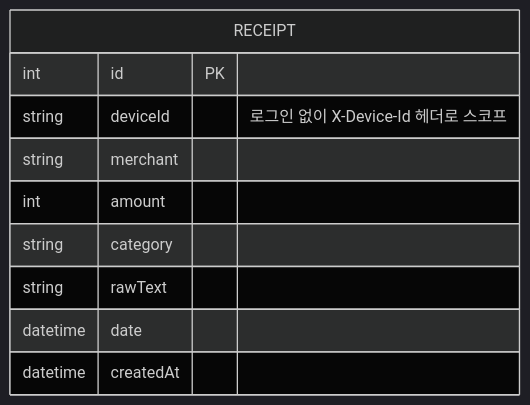
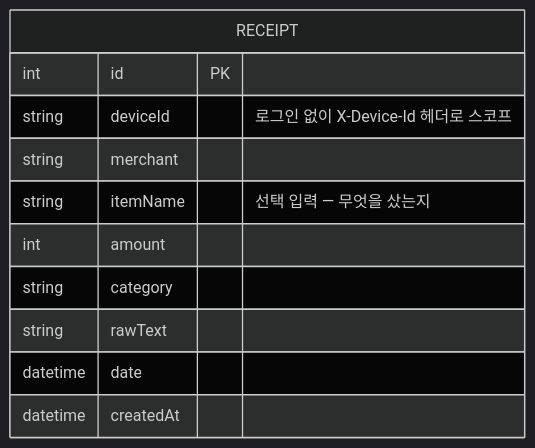
The sixth of 7 diagrams in docs/architecture.md (silverj0805/receipt-scanner-server), drawn with Mermaid (dark theme) before and after one commit. The commit also changed other lines of this file and 8 other files, not shown here.

Commit message:
feat: 상품명(itemName) 선택 필드 추가

````diff
--- a/docs/architecture.md
+++ b/docs/architecture.md
@@ -175,13 +177,14 @@
 ```mermaid
 erDiagram
     RECEIPT {
         int id PK
         string deviceId "로그인 없이 X-Device-Id 헤더로 스코프"
         string merchant
+        string itemName "선택 입력 — 무엇을 샀는지"
         int amount
         string category
         string rawText
         datetime date
         datetime createdAt
     }
 ```
````
